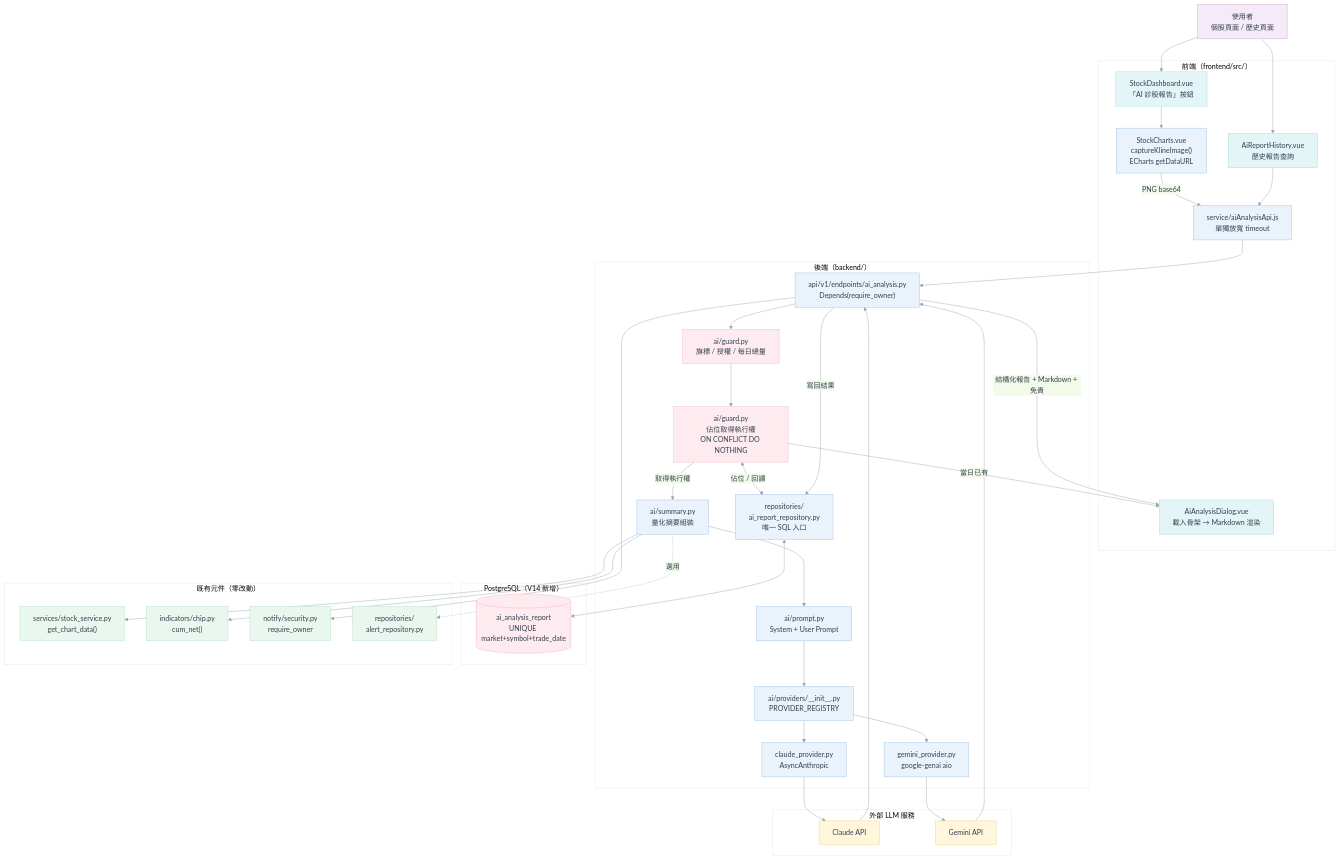
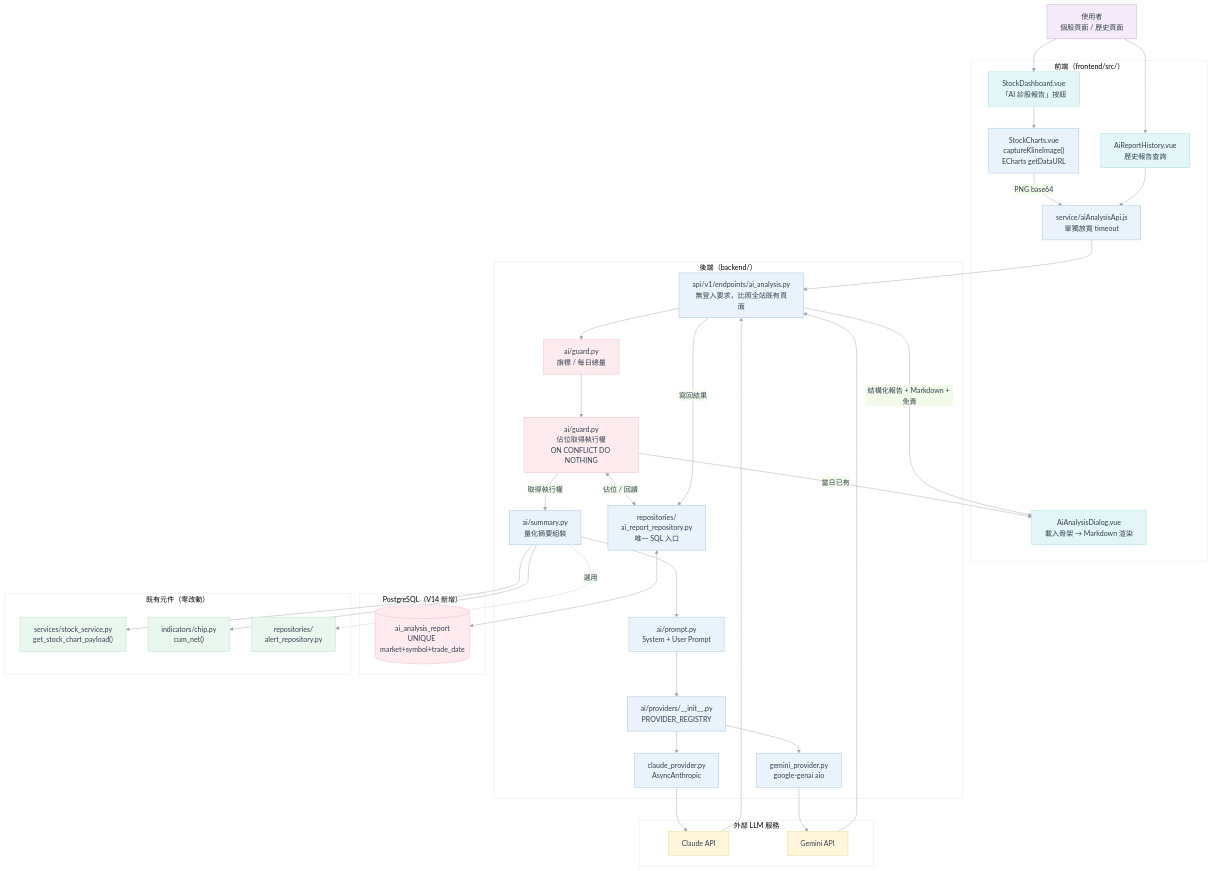
The first of 5 diagrams in mystock-vue/docs/16.AI技術分析/AI技術分析規劃.md (jacksonlee-tw/mystock-vue), drawn with Mermaid before and after one commit. The commit also changed other lines of this file and 33 other files, not shown here.

```diff
--- a/mystock-vue/docs/16.AI技術分析/AI技術分析規劃.md
+++ b/mystock-vue/docs/16.AI技術分析/AI技術分析規劃.md
@@ -196,8 +246,8 @@
     end
 
     subgraph BE ["後端（backend/）"]
-        EP["api/v1/endpoints/ai_analysis.py<br/>Depends(require_owner)"]
-        GATE["ai/guard.py<br/>旗標 / 授權 / 每日總量"]
+        EP["api/v1/endpoints/ai_analysis.py<br/>無登入要求，比照全站既有頁面"]
+        GATE["ai/guard.py<br/>旗標 / 每日總量"]
         LOCK["ai/guard.py<br/>佔位取得執行權<br/>ON CONFLICT DO NOTHING"]
         SUM["ai/summary.py<br/>量化摘要組裝"]
         PROMPT["ai/prompt.py<br/>System + User Prompt"]
@@ -212,9 +262,8 @@
     end
 
     subgraph EXIST ["既有元件（零改動）"]
-        CHART["services/stock_service.py<br/>get_chart_data()"]
+        CHART["services/stock_service.py<br/>get_stock_chart_payload()"]
         CHIP["indicators/chip.py<br/>cum_net()"]
-        SEC["notify/security.py<br/>require_owner"]
         ALERT["repositories/<br/>alert_repository.py"]
     end
 
@@ -229,7 +278,6 @@
     CAP -->|"PNG base64"| API
     HIST --> API
     API --> EP
-    EP --> SEC
     EP --> GATE
     GATE --> LOCK
     LOCK <-->|"佔位 / 回讀"| REPO
@@ -253,7 +301,6 @@
     style GE fill:#FFF6DC,stroke:#E8D48B
     style CHART fill:#EAF7EE,stroke:#B7E0C4
     style CHIP fill:#EAF7EE,stroke:#B7E0C4
-    style SEC fill:#EAF7EE,stroke:#B7E0C4
     style ALERT fill:#EAF7EE,stroke:#B7E0C4
     style GATE fill:#FDEBEF,stroke:#F3B6C4
     style LOCK fill:#FDEBEF,stroke:#F3B6C4
```
